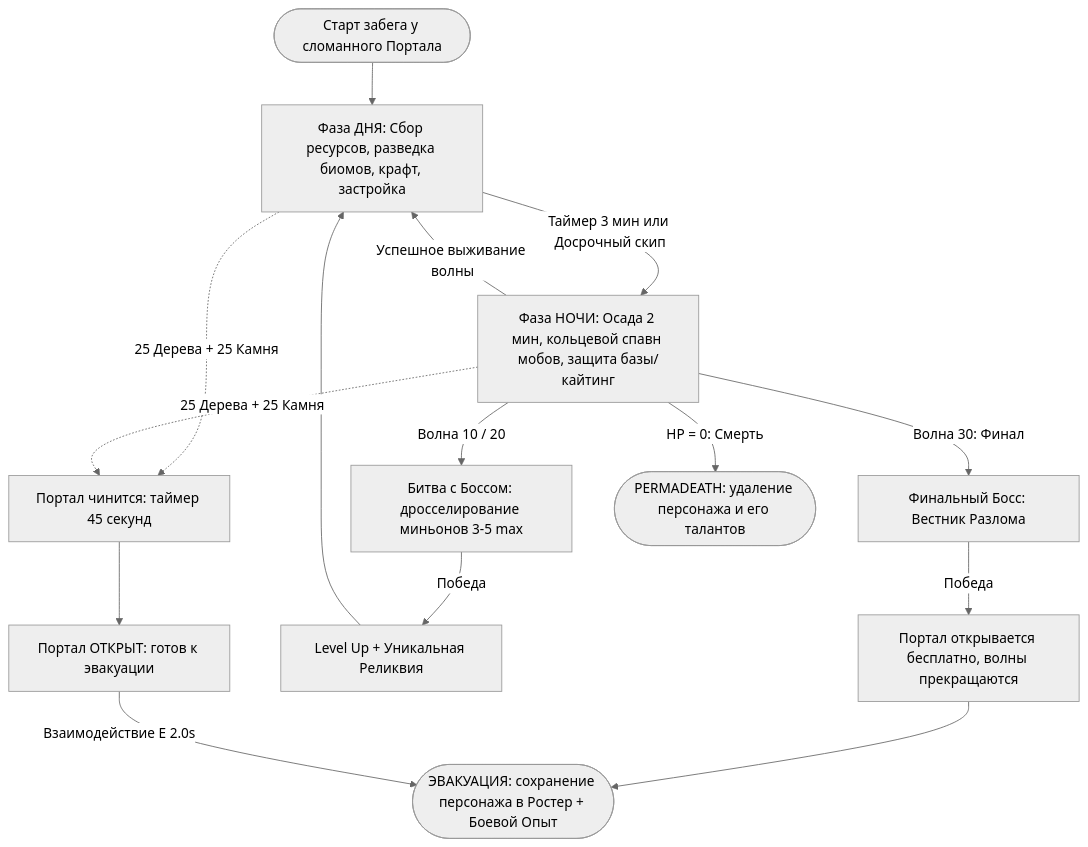
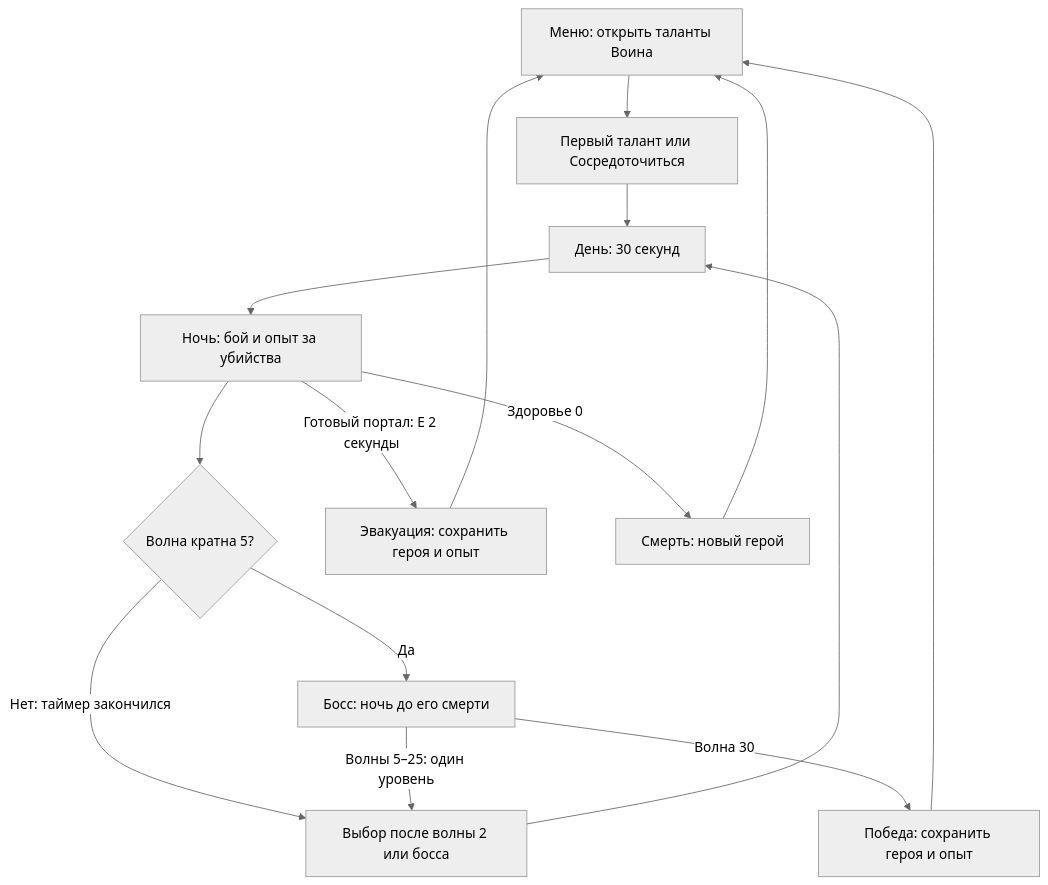
One commit to alex123321-maker/Cube-Siege changed the diagram in docs/GDD.md. Above: the diagram before and after it, drawn with Mermaid (neutral theme). The commit also changed other lines of this file and 145 other files, not shown here.

````diff
--- a/docs/GDD.md
+++ b/docs/GDD.md
@@ -30,19 +27,17 @@
 ```mermaid
-graph TD
-    Start([Старт забега у сломанного Портала]) --> Day[Фаза ДНЯ: Сбор ресурсов, разведка биомов, крафт, застройка]
-    Day -->|Таймер 3 мин или Досрочный скип| Night[Фаза НОЧИ: Осада 2 мин, кольцевой спавн мобов, защита базы/кайтинг]
-    Night -->|Успешное выживание волны| Day
-    
-    Day -.->|25 Дерева + 25 Камня| Repairing[Портал чинится: таймер 45 секунд]
-    Night -.->|25 Дерева + 25 Камня| Repairing
-    Repairing --> PortalOpen[Портал ОТКРЫТ: готов к эвакуации]
-    
-    Night -->|Волна 10 / 20| BossFight[Битва с Боссом: дросселирование миньонов 3-5 max]
-    BossFight -->|Победа| BossReward[Level Up + Уникальная Реликвия] --> Day
-    
-    Night -->|Волна 30: Финал| FinalBoss[Финальный Босс: Вестник Разлома]
-    FinalBoss -->|Победа| AbsoluteWin[Портал открывается бесплатно, волны прекращаются] --> Evacuate
-    
-    PortalOpen -->|Взаимодействие E 2.0s| Evacuate([ЭВАКУАЦИЯ: сохранение персонажа в Ростер + Боевой Опыт])
-    Night -->|HP = 0: Смерть| Permadeath([PERMADEATH: удаление персонажа и его талантов])
+flowchart TD
+    Menu[Меню: открыть таланты Воина] --> Build[Первый талант или Сосредоточиться]
+    Build --> Day[День: 30 секунд]
+    Day --> Night[Ночь: бой и опыт за убийства]
+    Night --> Boss{Волна кратна 5?}
+    Boss -->|Нет: таймер закончился| Reward[Выбор после волны 2 или босса]
+    Boss -->|Да| Fight[Босс: ночь до его смерти]
+    Fight -->|Волны 5–25: один уровень| Reward
+    Reward --> Day
+    Fight -->|Волна 30| Win[Победа: сохранить героя и опыт]
+    Night -->|Готовый портал: E 2 секунды| Extract[Эвакуация: сохранить героя и опыт]
+    Night -->|Здоровье 0| Death[Смерть: новый герой]
+    Win --> Menu
+    Extract --> Menu
+    Death --> Menu
 ```
````
